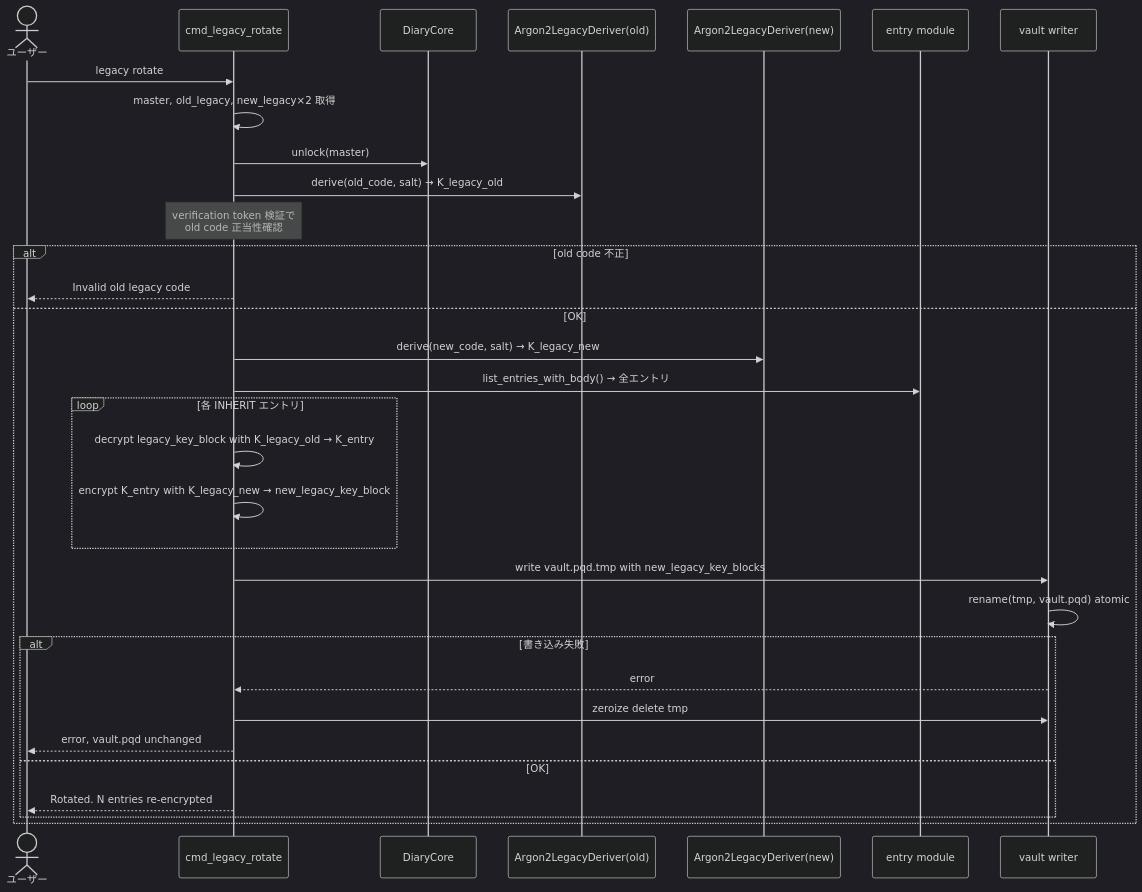
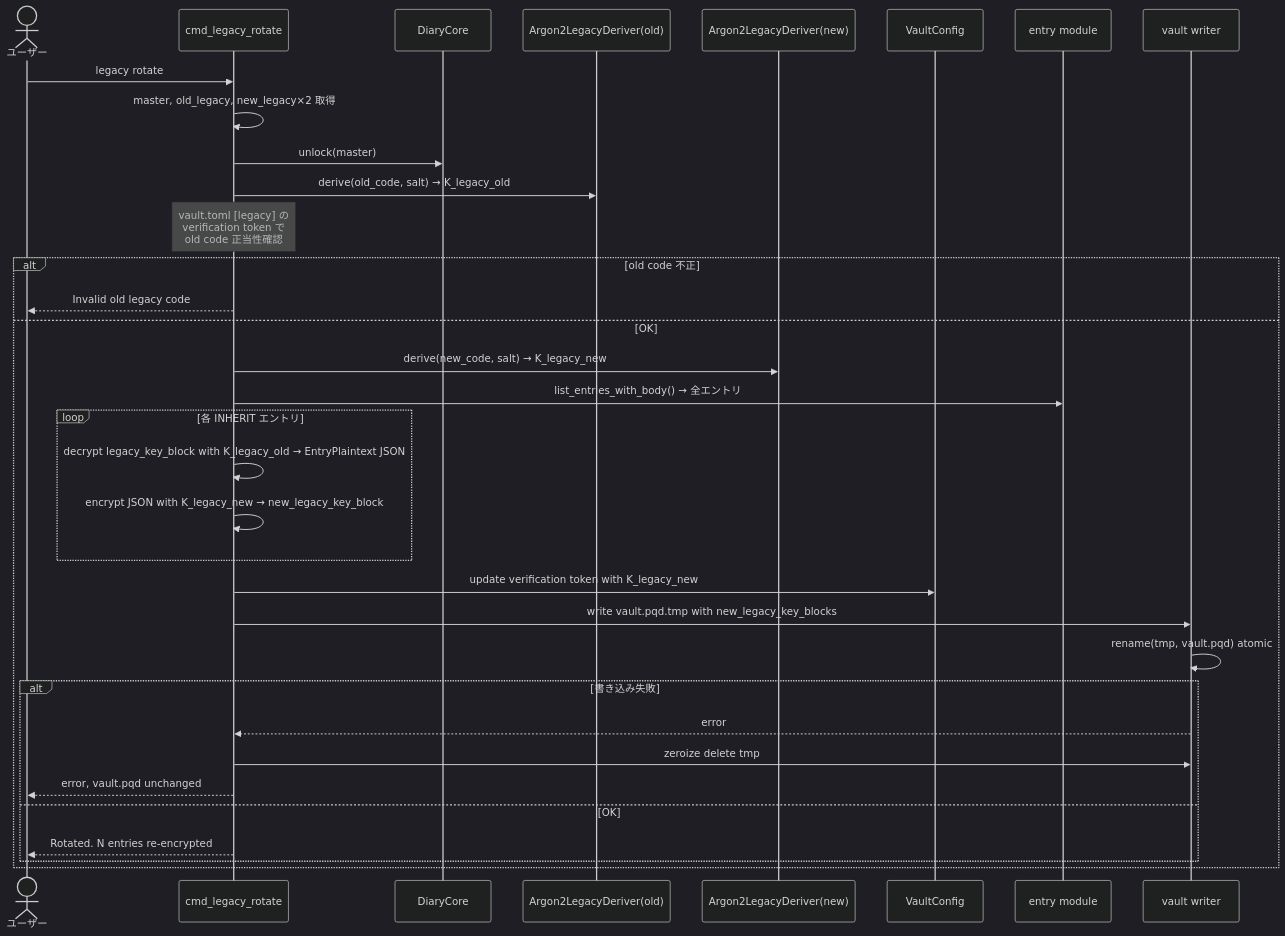
The fourth of 6 diagrams in docs/design/s12-legacy/dataflow.md (sudolifeagain/pq-diary), drawn with Mermaid (dark theme) before and after one commit. The commit also changed other lines of this file and 11 other files, not shown here.

Commit message:
docs(s12): align legacy design with current vault format

````diff
--- a/docs/design/s12-legacy/dataflow.md
+++ b/docs/design/s12-legacy/dataflow.md
@@ -98,35 +99,37 @@
 ```mermaid
 sequenceDiagram
     actor U as ユーザー
     participant CMD as cmd_legacy_rotate
     participant DC as DiaryCore
     participant DV_old as Argon2LegacyDeriver(old)
     participant DV_new as Argon2LegacyDeriver(new)
+    participant CFG as VaultConfig
     participant E as entry module
     participant W as vault writer
 
     U->>CMD: legacy rotate
     CMD->>CMD: master, old_legacy, new_legacy×2 取得
     CMD->>DC: unlock(master)
     CMD->>DV_old: derive(old_code, salt) → K_legacy_old
-    Note over CMD: verification token 検証で<br/>old code 正当性確認
+    Note over CMD: vault.toml [legacy] の<br/>verification token で<br/>old code 正当性確認
     alt old code 不正
         CMD-->>U: Invalid old legacy code
     else OK
         CMD->>DV_new: derive(new_code, salt) → K_legacy_new
         CMD->>E: list_entries_with_body() → 全エントリ
         loop 各 INHERIT エントリ
-            CMD->>CMD: decrypt legacy_key_block with K_legacy_old → K_entry
-            CMD->>CMD: encrypt K_entry with K_legacy_new → new_legacy_key_block
+            CMD->>CMD: decrypt legacy_key_block with K_legacy_old → EntryPlaintext JSON
+            CMD->>CMD: encrypt JSON with K_legacy_new → new_legacy_key_block
         end
+        CMD->>CFG: update verification token with K_legacy_new
         CMD->>W: write vault.pqd.tmp with new_legacy_key_blocks
         W->>W: rename(tmp, vault.pqd) atomic
         alt 書き込み失敗
             W-->>CMD: error
             CMD->>W: zeroize delete tmp
             CMD-->>U: error, vault.pqd unchanged
         else OK
             CMD-->>U: Rotated. N entries re-encrypted
         end
     end
 ```
````
